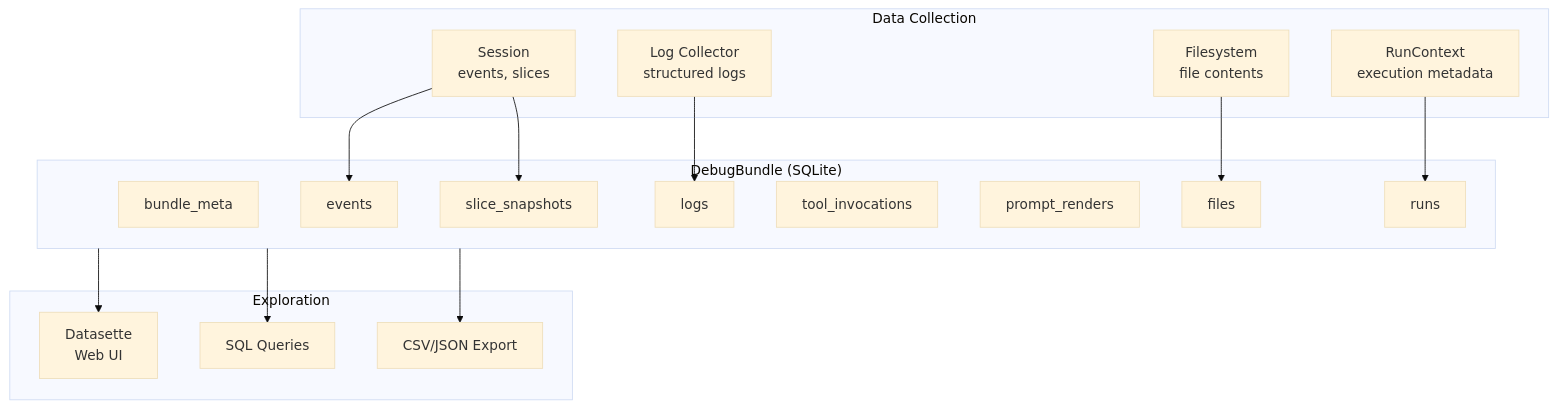
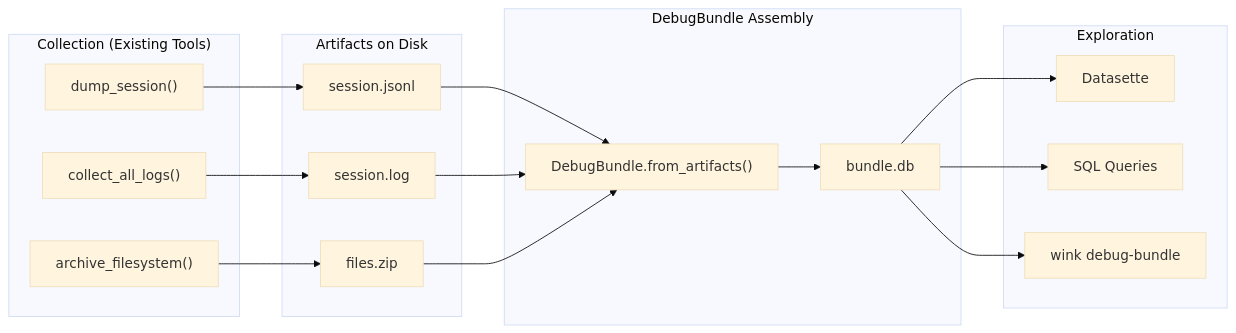
One commit to weakincentives/weakincentives changed the diagram in specs/DEBUG_BUNDLE.md. Above: the diagram before and after it, drawn with Mermaid (base theme). The commit also changed other lines of this file, not shown here.

First line of the commit message:
Refocus DEBUG_BUNDLE spec on post-hoc assembly

````diff
--- a/specs/DEBUG_BUNDLE.md
+++ b/specs/DEBUG_BUNDLE.md
@@ -46,36 +25,38 @@
 ```mermaid
-flowchart TB
-    subgraph Collection["Data Collection"]
-        Session["Session<br/>events, slices"]
-        Logs["Log Collector<br/>structured logs"]
-        FS["Filesystem<br/>file contents"]
-        RC["RunContext<br/>execution metadata"]
+flowchart LR
+    subgraph Collection["Collection (Existing Tools)"]
+        DS["dump_session()"]
+        CL["collect_all_logs()"]
+        AF["archive_filesystem()"]
     end
 
-    subgraph Bundle["DebugBundle (SQLite)"]
-        Meta["bundle_meta"]
-        Runs["runs"]
-        Events["events"]
-        LogsTable["logs"]
-        Tools["tool_invocations"]
-        Prompts["prompt_renders"]
-        Files["files"]
-        Slices["slice_snapshots"]
+    subgraph Artifacts["Artifacts on Disk"]
+        JSONL["session.jsonl"]
+        LOG["session.log"]
+        ZIP["files.zip"]
+    end
+
+    subgraph Assembly["DebugBundle Assembly"]
+        Create["DebugBundle.from_artifacts()"]
+        DB["bundle.db"]
     end
 
     subgraph Exploration["Exploration"]
-        Datasette["Datasette<br/>Web UI"]
+        Datasette["Datasette"]
         SQL["SQL Queries"]
-        Export["CSV/JSON Export"]
+        CLI["wink debug-bundle"]
     end
 
-    Session --> Events
-    Session --> Slices
-    Logs --> LogsTable
-    FS --> Files
-    RC --> Runs
+    DS --> JSONL
+    CL --> LOG
+    AF --> ZIP
 
-    Bundle --> Datasette
-    Bundle --> SQL
-    Bundle --> Export
+    JSONL --> Create
+    LOG --> Create
+    ZIP --> Create
+    Create --> DB
+
+    DB --> Datasette
+    DB --> SQL
+    DB --> CLI
 ```
````
